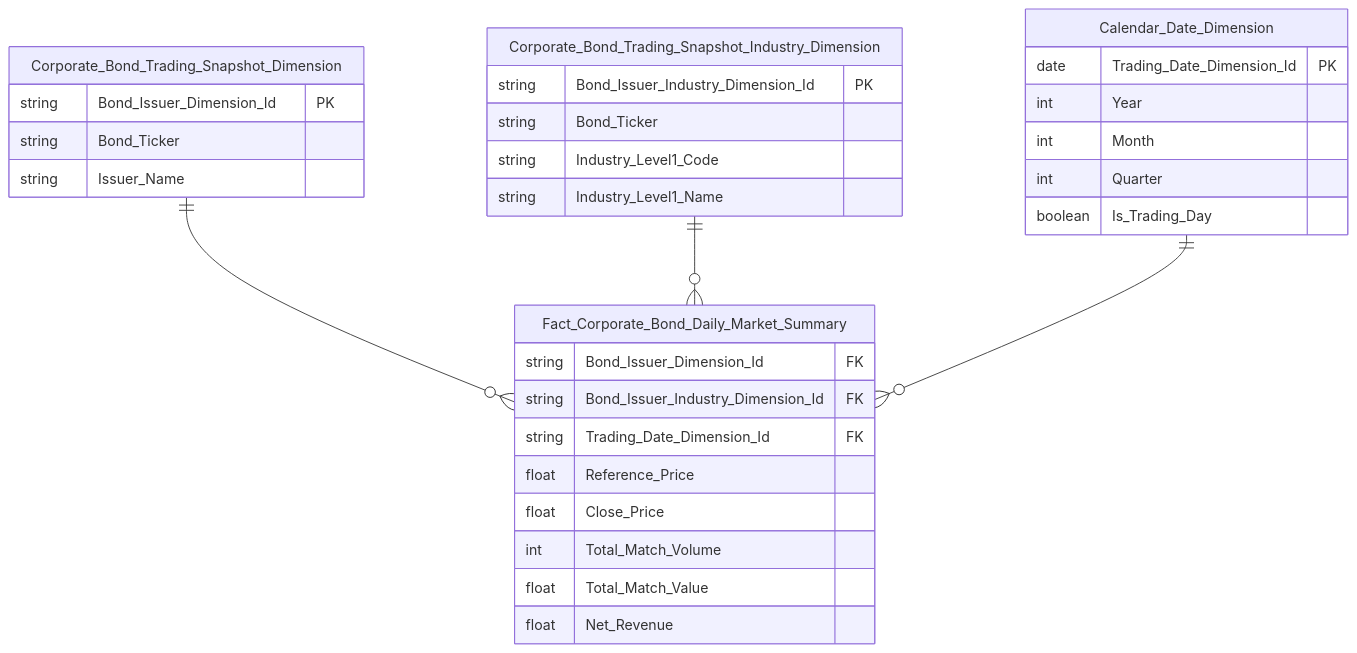
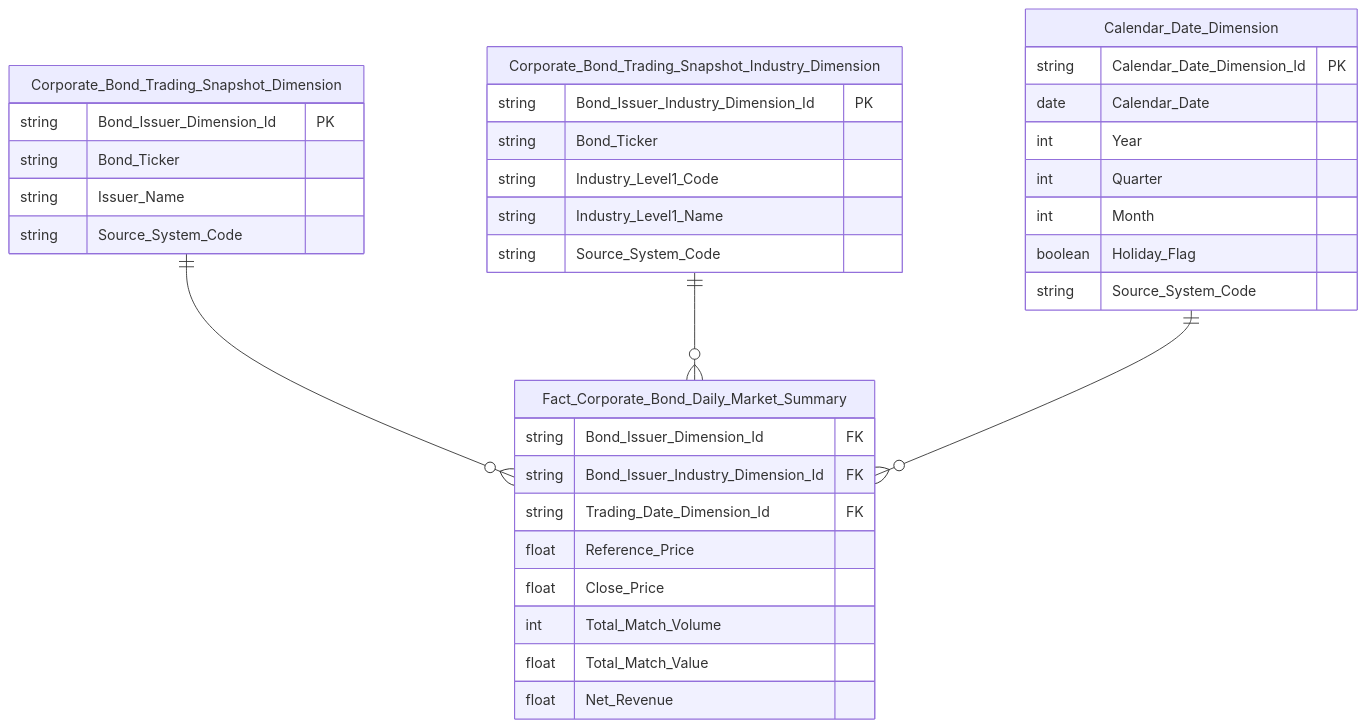
Before and after one commit to linhlvit/ubck_atomic_design: the seventh of 16 diagrams in Datamart/hld/DTM_GSTT_HLD.md, drawn with Mermaid. The commit also changed other lines of this file and 3 other files, not shown here.

````diff
--- a/Datamart/hld/DTM_GSTT_HLD.md
+++ b/Datamart/hld/DTM_GSTT_HLD.md
@@ -322,34 +314,38 @@
 ```mermaid
 erDiagram
     Fact_Corporate_Bond_Daily_Market_Summary {
         string Bond_Issuer_Dimension_Id FK
         string Bond_Issuer_Industry_Dimension_Id FK
         string Trading_Date_Dimension_Id FK
         float Reference_Price
         float Close_Price
         int Total_Match_Volume
         float Total_Match_Value
         float Net_Revenue
     }
     Corporate_Bond_Trading_Snapshot_Dimension {
         string Bond_Issuer_Dimension_Id PK
         string Bond_Ticker
         string Issuer_Name
+        string Source_System_Code
     }
     Corporate_Bond_Trading_Snapshot_Industry_Dimension {
         string Bond_Issuer_Industry_Dimension_Id PK
         string Bond_Ticker
         string Industry_Level1_Code
         string Industry_Level1_Name
+        string Source_System_Code
     }
     Calendar_Date_Dimension {
-        date Trading_Date_Dimension_Id PK
+        string Calendar_Date_Dimension_Id PK
+        date Calendar_Date
         int Year
+        int Quarter
         int Month
-        int Quarter
-        boolean Is_Trading_Day
+        boolean Holiday_Flag
+        string Source_System_Code
     }
     Corporate_Bond_Trading_Snapshot_Dimension ||--o{ Fact_Corporate_Bond_Daily_Market_Summary : " "
     Corporate_Bond_Trading_Snapshot_Industry_Dimension ||--o{ Fact_Corporate_Bond_Daily_Market_Summary : " "
     Calendar_Date_Dimension ||--o{ Fact_Corporate_Bond_Daily_Market_Summary : " "
 ```
````
